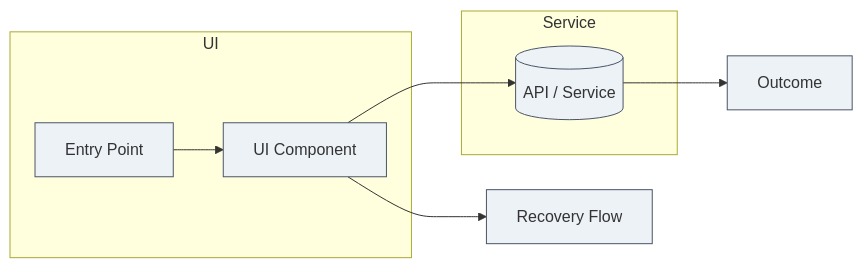
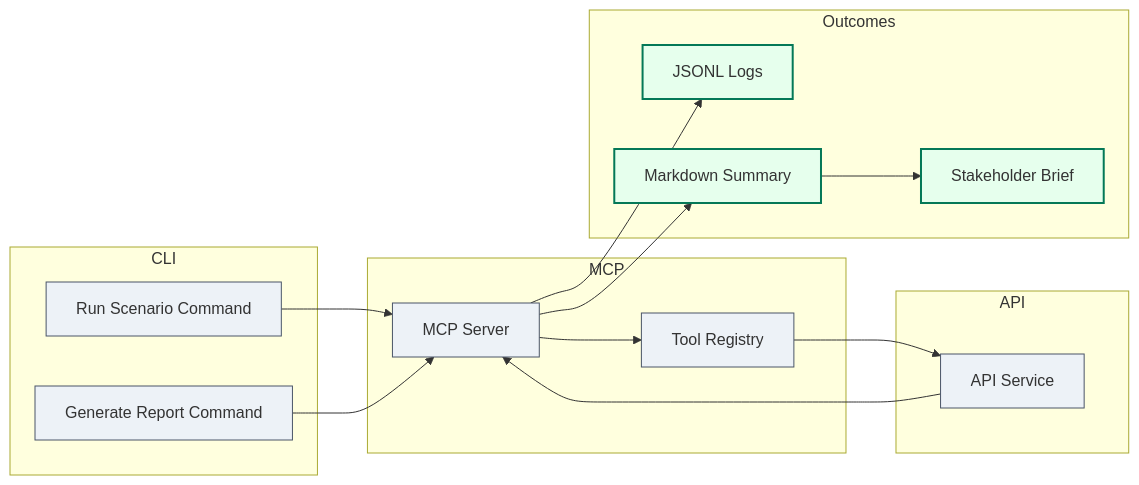
The diagram in scaffolding/agent-artifacts/ux/user-flow-map.md (rkwai/mcp-eval), drawn with Mermaid before and after one commit. The commit also changed other lines of this file and 20 other files, not shown here.

Commit message:
let the agents run to flesh out agent-artifacts and the mcp-server and api-service

````diff
--- a/scaffolding/agent-artifacts/ux/user-flow-map.md
+++ b/scaffolding/agent-artifacts/ux/user-flow-map.md
@@ -11,27 +14,41 @@
 ```mermaid
 flowchart LR
     classDef addition fill:#e6ffed,stroke:#047857,stroke-width:2px;
     classDef deprecation fill:#fee2e2,stroke:#c53030,stroke-width:2px;
     classDef baseline fill:#edf2f7,stroke:#4a5568,stroke-width:1px;
 
-    %% Mark new touchpoints/components with `addition`, retiring ones with `deprecation`,
-    %% and keep untouched steps as `baseline`.
+    subgraph CLI
+        Entry[Run Scenario Command]
+        ReportCmd[Generate Report Command]
+    end
+    subgraph MCP
+        MCPServer[MCP Server]
+        Tooling[Tool Registry]
+    end
+    subgraph API
+        RestAPI[API Service]
+    end
+    subgraph Outcomes
+        Logs[JSONL Logs]
+        Summary[Markdown Summary]
+        StakeholderBrief[Stakeholder Brief]
+    end
 
-    subgraph UI
-        Entry[Entry Point]
-        View[UI Component]
-    end
-    subgraph Service
-        API[(API / Service)]
-    end
-    Entry --> View
-    View --> API
-    API --> Outcome[Outcome]
-    View --> Recovery[Recovery Flow]
+    Entry --> MCPServer
+    MCPServer --> Tooling
+    Tooling --> RestAPI
+    RestAPI --> MCPServer
+    MCPServer --> Logs
+    ReportCmd --> MCPServer
+    MCPServer --> Summary
+    Summary --> StakeholderBrief
 
     class Entry baseline;
-    class View baseline;
-    class API baseline;
-    class Outcome baseline;
-    class Recovery baseline;
+    class ReportCmd baseline;
+    class MCPServer baseline;
+    class Tooling baseline;
+    class RestAPI baseline;
+    class Logs addition;
+    class Summary addition;
+    class StakeholderBrief addition;
 ```
````
